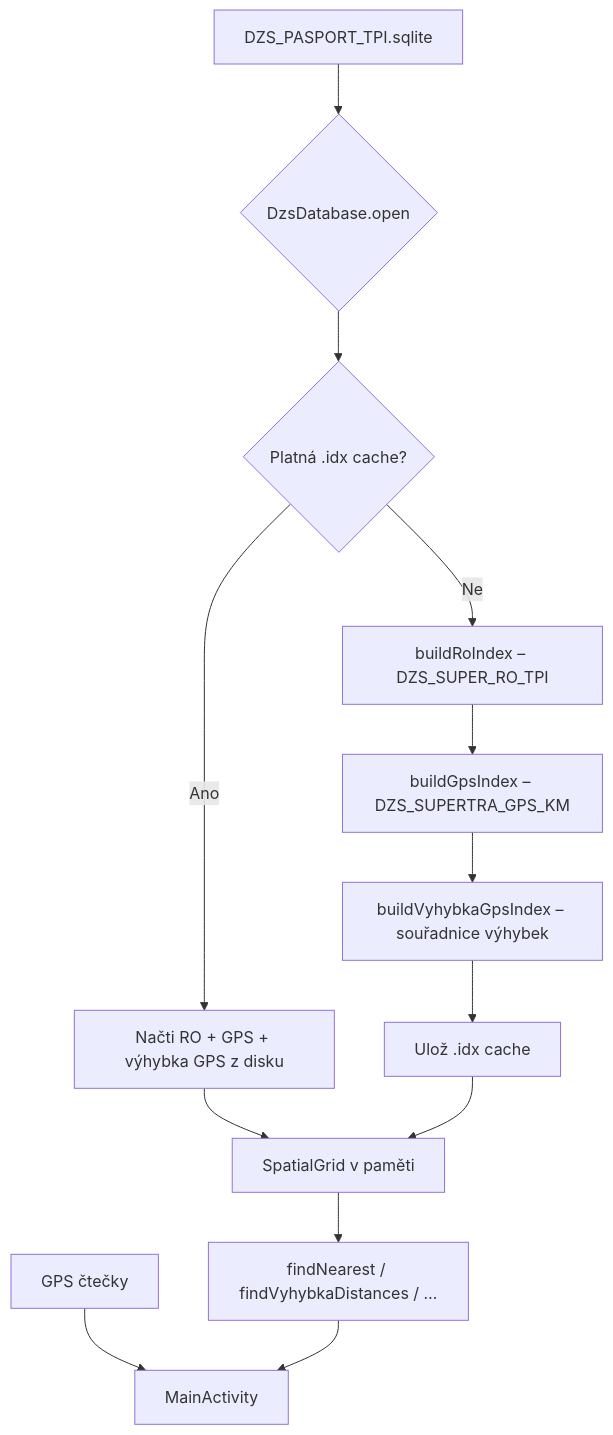
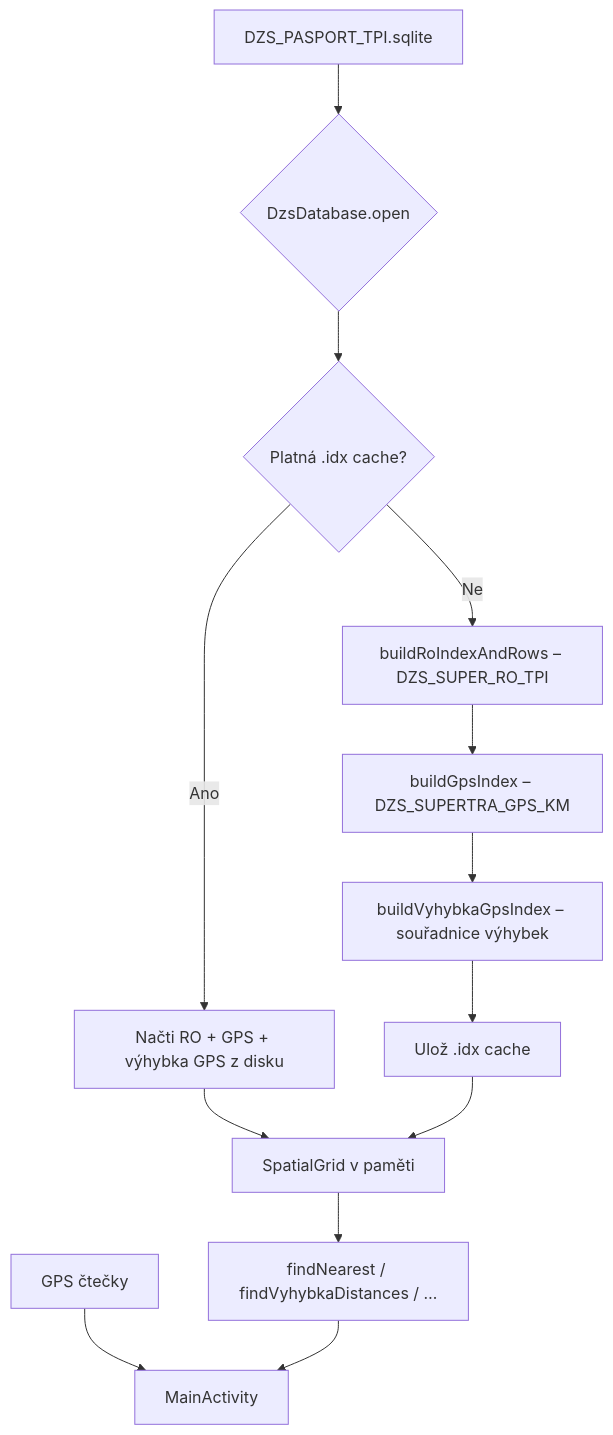
The diagram in docs/INDEXACE_DZS.md (tofiapp/rfid_go_gps), drawn with Mermaid before and after one commit. The commit also changed other lines of this file and 2 other files, not shown here.

````diff
--- a/docs/INDEXACE_DZS.md
+++ b/docs/INDEXACE_DZS.md
@@ -255,15 +255,15 @@
 ```mermaid
 flowchart TD
     A[DZS_PASPORT_TPI.sqlite] --> B{DzsDatabase.open}
     B --> C{Platná .idx cache?}
     C -->|Ano| D[Načti RO + GPS + výhybka GPS z disku]
-    C -->|Ne| E[buildRoIndex – DZS_SUPER_RO_TPI]
+    C -->|Ne| E[buildRoIndexAndRows – DZS_SUPER_RO_TPI]
     E --> F[buildGpsIndex – DZS_SUPERTRA_GPS_KM]
     F --> G[buildVyhybkaGpsIndex – souřadnice výhybek]
     G --> H[Ulož .idx cache]
     D --> I[SpatialGrid v paměti]
     H --> I
     I --> J[findNearest / findVyhybkaDistances / …]
     K[GPS čtečky] --> L[MainActivity]
     J --> L
 ```
````
